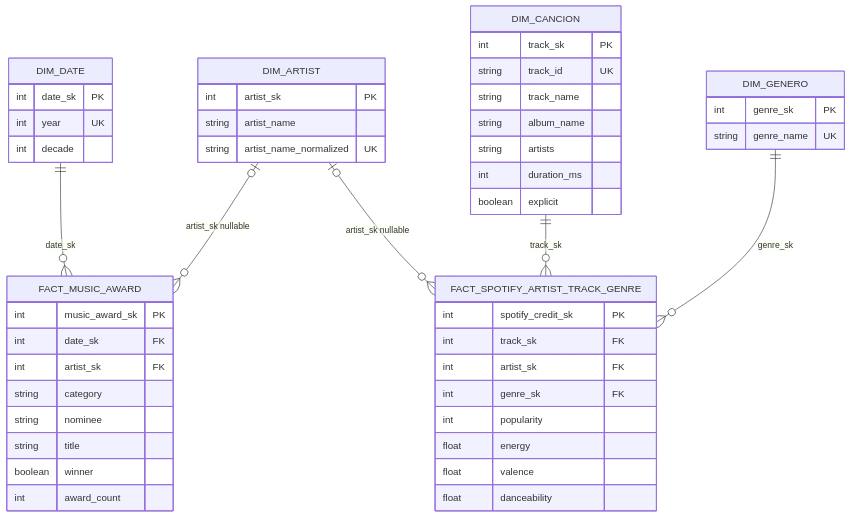
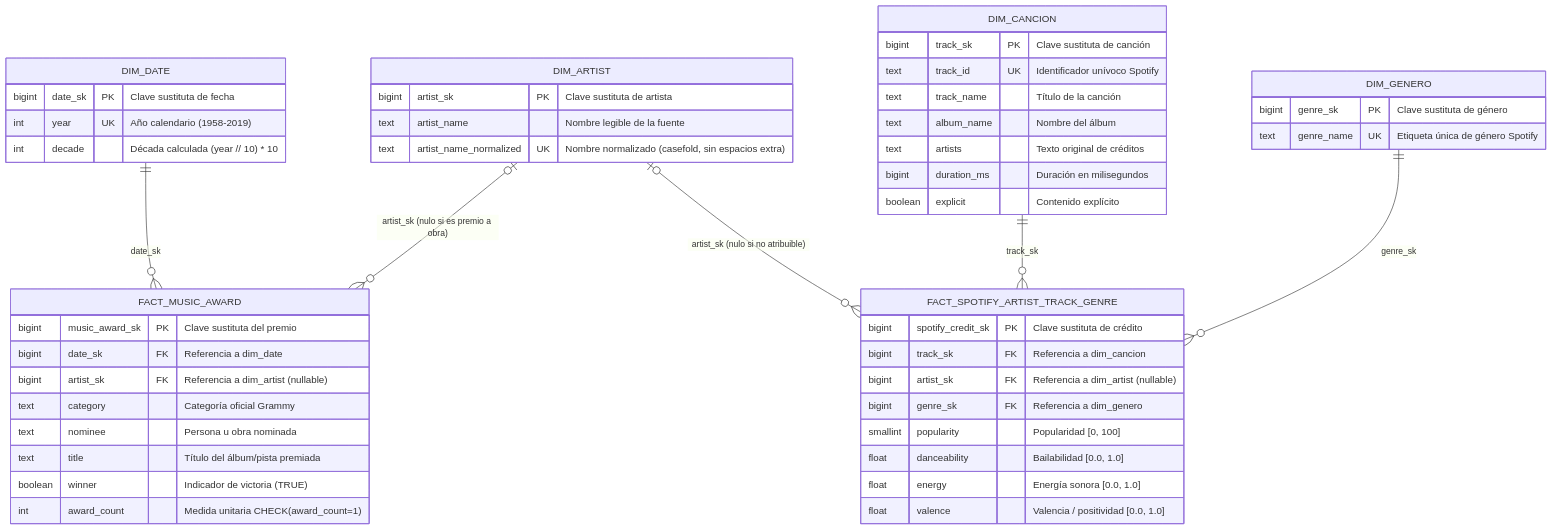
Before and after one commit to valedeveloper/workshop2: the third of 3 diagrams in README.md, drawn with Mermaid. The commit also changed other lines of this file and 187 other files, not shown here.

````diff
--- a/README.md
+++ b/README.md
@@ -84,52 +155,57 @@
 ```mermaid
 erDiagram
     DIM_DATE ||--o{ FACT_MUSIC_AWARD : "date_sk"
-    DIM_ARTIST o|--o{ FACT_MUSIC_AWARD : "artist_sk nullable"
-    DIM_ARTIST o|--o{ FACT_SPOTIFY_ARTIST_TRACK_GENRE : "artist_sk nullable"
+    DIM_ARTIST o|--o{ FACT_MUSIC_AWARD : "artist_sk (nulo si es premio a obra)"
+    DIM_ARTIST o|--o{ FACT_SPOTIFY_ARTIST_TRACK_GENRE : "artist_sk (nulo si no atribuible)"
     DIM_CANCION ||--o{ FACT_SPOTIFY_ARTIST_TRACK_GENRE : "track_sk"
     DIM_GENERO ||--o{ FACT_SPOTIFY_ARTIST_TRACK_GENRE : "genre_sk"
 
     DIM_DATE {
-        int date_sk PK
-        int year UK
-        int decade
+        bigint date_sk PK "Clave sustituta de fecha"
+        int year UK "Año calendario (1958-2019)"
+        int decade "Década calculada (year // 10) * 10"
     }
+
     DIM_ARTIST {
-        int artist_sk PK
-        string artist_name
-        string artist_name_normalized UK
+        bigint artist_sk PK "Clave sustituta de artista"
+        text artist_name "Nombre legible de la fuente"
+        text artist_name_normalized UK "Nombre normalizado (casefold, sin espacios extra)"
     }
+
     DIM_CANCION {
-        int track_sk PK
-        string track_id UK
-        string track_name
-        string album_name
-        string artists
-        int duration_ms
-        boolean explicit
+        bigint track_sk PK "Clave sustituta de canción"
+        text track_id UK "Identificador unívoco Spotify"
+        text track_name "Título de la canción"
+        text album_name "Nombre del álbum"
+        text artists "Texto original de créditos"
+        bigint duration_ms "Duración en milisegundos"
+        boolean explicit "Contenido explícito"
     }
+
     DIM_GENERO {
-        int genre_sk PK
-        string genre_name UK
+        bigint genre_sk PK "Clave sustituta de género"
+        text genre_name UK "Etiqueta única de género Spotify"
     }
+
     FACT_MUSIC_AWARD {
-        int music_award_sk PK
-        int date_sk FK
-        int artist_sk FK
-        string category
-        string nominee
-        string title
-        boolean winner
-        int award_count
+        bigint music_award_sk PK "Clave sustituta del premio"
+        bigint date_sk FK "Referencia a dim_date"
+        bigint artist_sk FK "Referencia a dim_artist (nullable)"
+        text category "Categoría oficial Grammy"
+        text nominee "Persona u obra nominada"
+        text title "Título del álbum/pista premiada"
+        boolean winner "Indicador de victoria (TRUE)"
+        int award_count "Medida unitaria CHECK(award_count=1)"
     }
+
     FACT_SPOTIFY_ARTIST_TRACK_GENRE {
-        int spotify_credit_sk PK
-        int track_sk FK
-        int artist_sk FK
-        int genre_sk FK
-        int popularity
-        float energy
-        float valence
-        float danceability
+        bigint spotify_credit_sk PK "Clave sustituta de crédito"
+        bigint track_sk FK "Referencia a dim_cancion"
+        bigint artist_sk FK "Referencia a dim_artist (nullable)"
+        bigint genre_sk FK "Referencia a dim_genero"
+        smallint popularity "Popularidad [0, 100]"
+        float danceability "Bailabilidad [0.0, 1.0]"
+        float energy "Energía sonora [0.0, 1.0]"
+        float valence "Valencia / positividad [0.0, 1.0]"
     }
 ```
````
